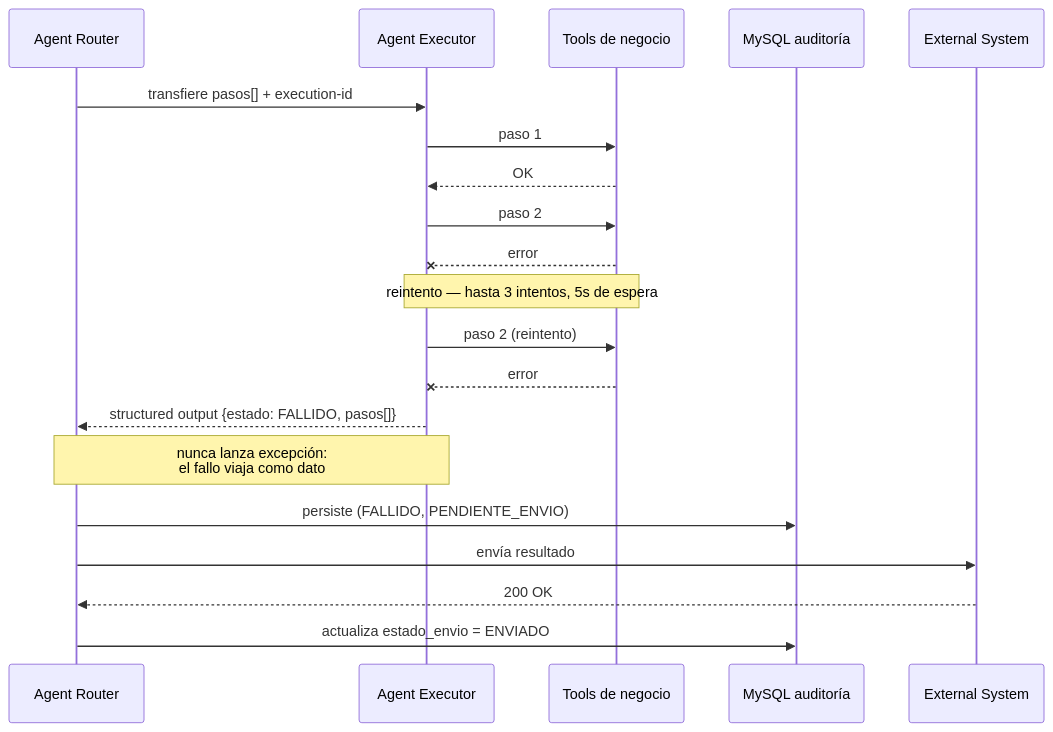
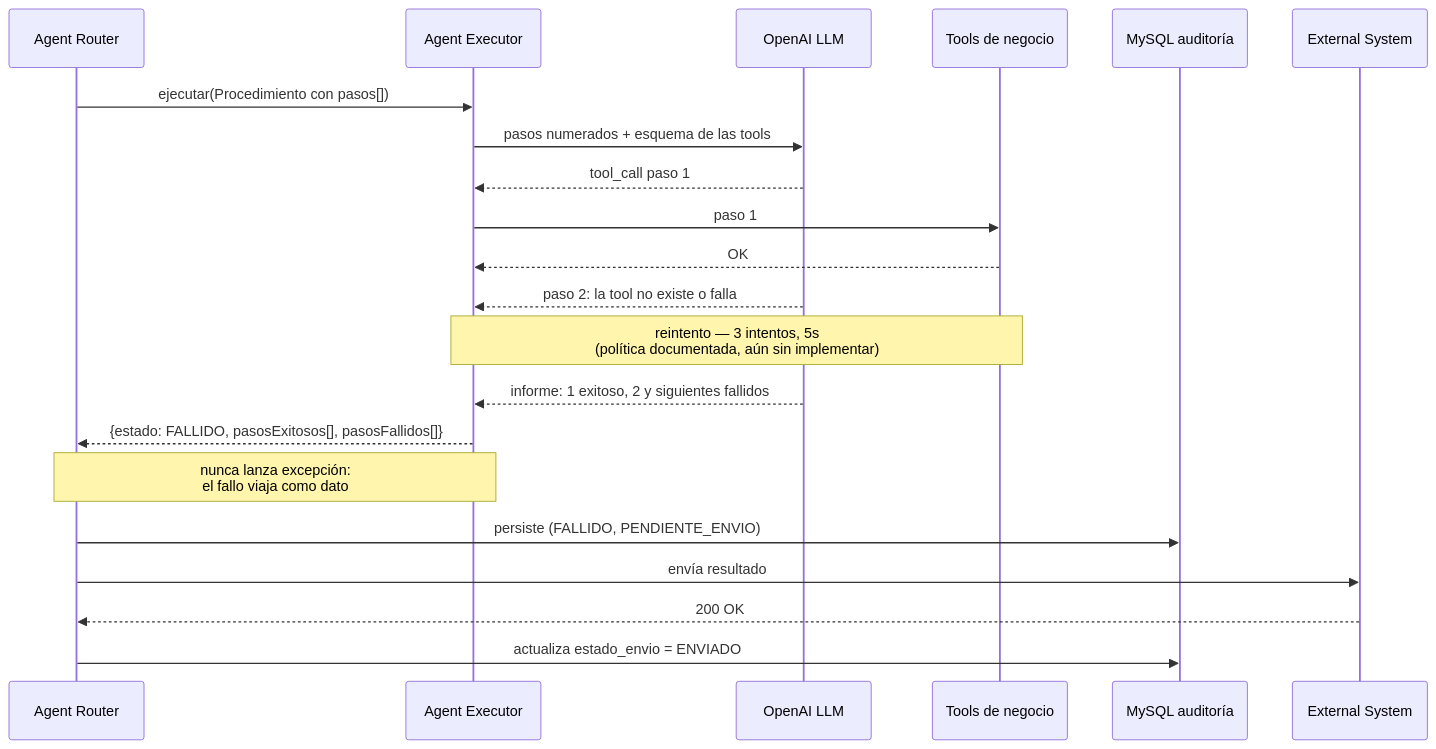
Diagram 13 of 15 in README.md (xxce10xx/agents-spring), drawn with Mermaid before and after one commit. The commit also changed other lines of this file and 27 other files, not shown here.

````diff
--- a/README.md
+++ b/README.md
@@ -913,23 +1329,24 @@
 ```mermaid
 sequenceDiagram
     participant R as Agent Router
     participant E as Agent Executor
+    participant L as OpenAI LLM
     participant T as Tools de negocio
     participant A as MySQL auditoría
     participant X as External System
 
-    R->>E: transfiere pasos[] + execution-id
+    R->>E: ejecutar(Procedimiento con pasos[])
+    E->>L: pasos numerados + esquema de las tools
+    L-->>E: tool_call paso 1
     E->>T: paso 1
     T-->>E: OK
-    E->>T: paso 2
-    T--xE: error
-    Note over E,T: reintento — hasta 3 intentos, 5s de espera
-    E->>T: paso 2 (reintento)
-    T--xE: error
-    E-->>R: structured output {estado: FALLIDO, pasos[]}
+    L-->>E: paso 2: la tool no existe o falla
+    Note over E,T: reintento — 3 intentos, 5s<br/>(política documentada, aún sin implementar)
+    L-->>E: informe: 1 exitoso, 2 y siguientes fallidos
+    E-->>R: {estado: FALLIDO, pasosExitosos[], pasosFallidos[]}
     Note over E,R: nunca lanza excepción:<br/>el fallo viaja como dato
     R->>A: persiste (FALLIDO, PENDIENTE_ENVIO)
     R->>X: envía resultado
     X-->>R: 200 OK
     R->>A: actualiza estado_envio = ENVIADO
 ```
````
